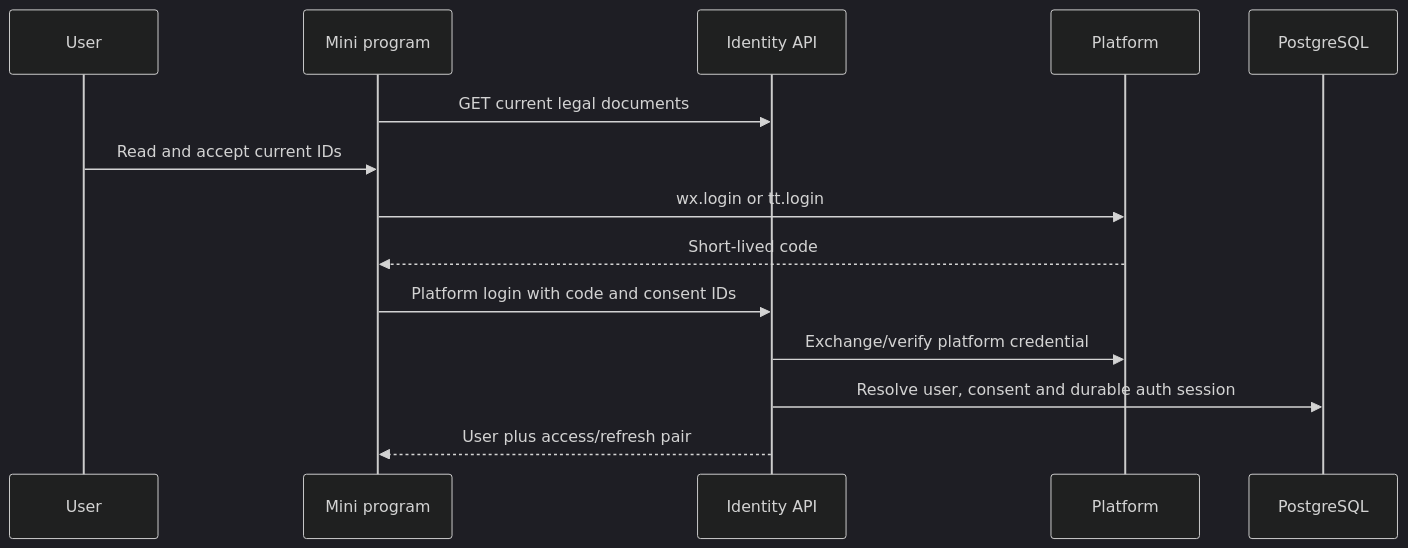
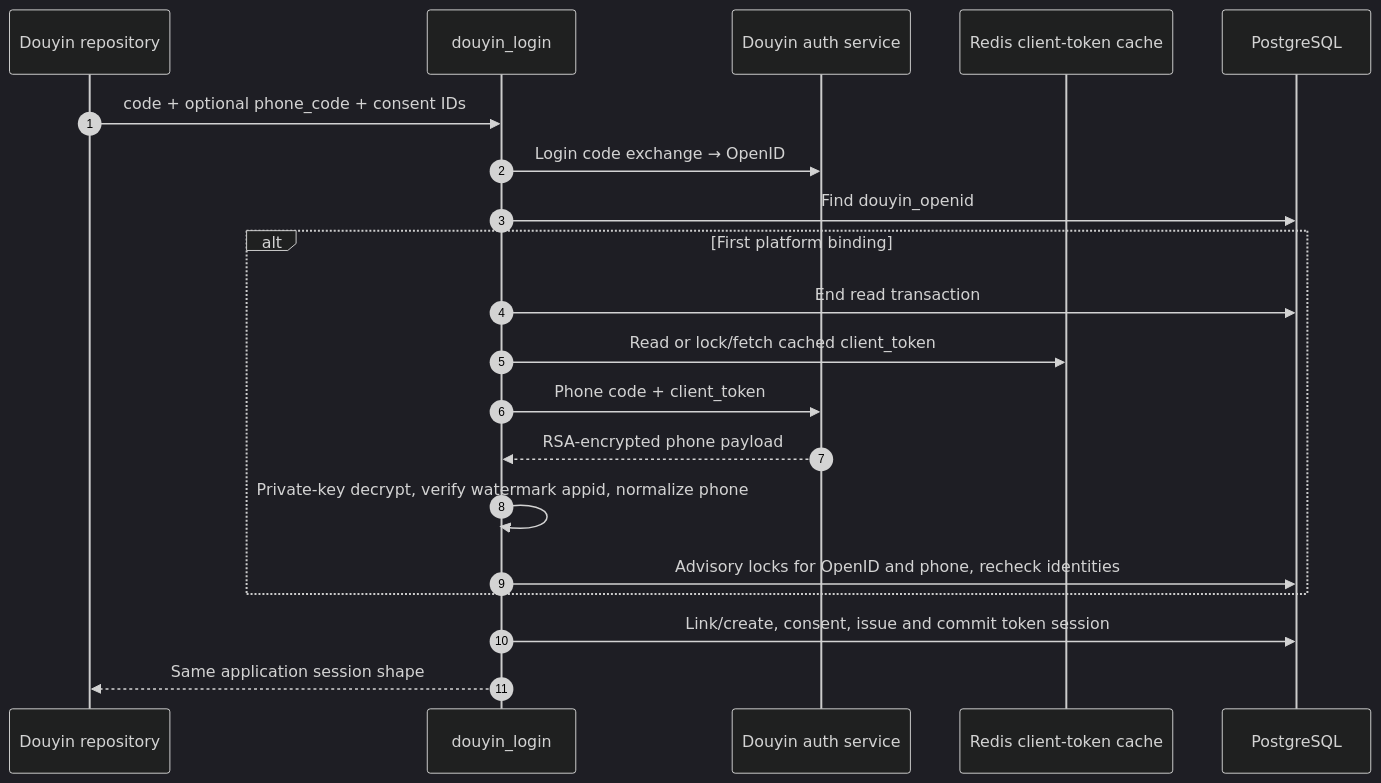
One commit to Orientation-CD/docs changed the second of 3 diagrams in reference/flows/wechat-login-flow.md. Above: the diagram before and after it, drawn with Mermaid (dark theme). The commit also changed other lines of this file and 61 other files, not shown here.

````diff
--- a/reference/flows/wechat-login-flow.md
+++ b/reference/flows/wechat-login-flow.md
@@ -5,16 +76,22 @@
 ```mermaid
 sequenceDiagram
-  participant U as User
-  participant MP as Mini program
-  participant API as Identity API
-  participant WX as Platform
+  autonumber
+  participant MP as Douyin repository
+  participant API as douyin_login
+  participant TT as Douyin auth service
+  participant R as Redis client-token cache
   participant DB as PostgreSQL
-  MP->>API: GET current legal documents
-  U->>MP: Read and accept current IDs
-  MP->>WX: wx.login or tt.login
-  WX-->>MP: Short-lived code
-  MP->>API: Platform login with code and consent IDs
-  API->>WX: Exchange/verify platform credential
-  API->>DB: Resolve user, consent and durable auth session
-  API-->>MP: User plus access/refresh pair
+  MP->>API: code + optional phone_code + consent IDs
+  API->>TT: Login code exchange → OpenID
+  API->>DB: Find douyin_openid
+  alt First platform binding
+    API->>DB: End read transaction
+    API->>R: Read or lock/fetch cached client_token
+    API->>TT: Phone code + client_token
+    TT-->>API: RSA-encrypted phone payload
+    API->>API: Private-key decrypt, verify watermark appid, normalize phone
+    API->>DB: Advisory locks for OpenID and phone, recheck identities
+  end
+  API->>DB: Link/create, consent, issue and commit token session
+  API-->>MP: Same application session shape
 ```
````
